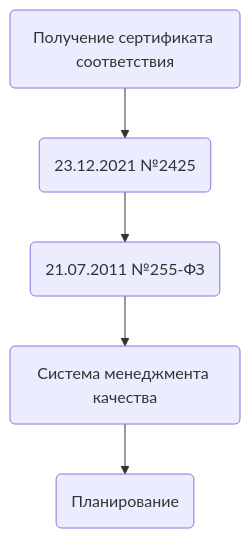
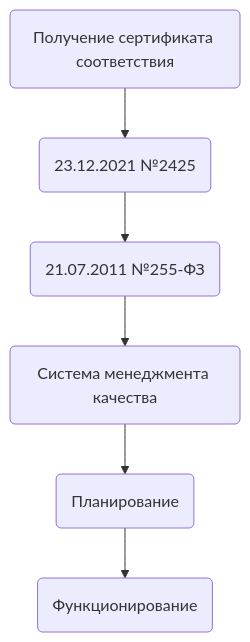
One commit to p3r3sada/Var-2Peresada changed the diagram in №2Peresada.md. Above: the diagram before and after it, drawn with Mermaid.

````diff
--- a/№2Peresada.md
+++ b/№2Peresada.md
@@ -1,7 +1,9 @@
-```mermaid
+``` mermaid
 flowchart TD;
 A(Получение сертификата соответствия) --> B(23.12.2021 №2425)
 B --> C(21.07.2011 №255-ФЗ)
 C --> D(Система менеджмента качества)
 D --> E(Планирование)
+E --> F(Функционирование)
+
 ```
````
